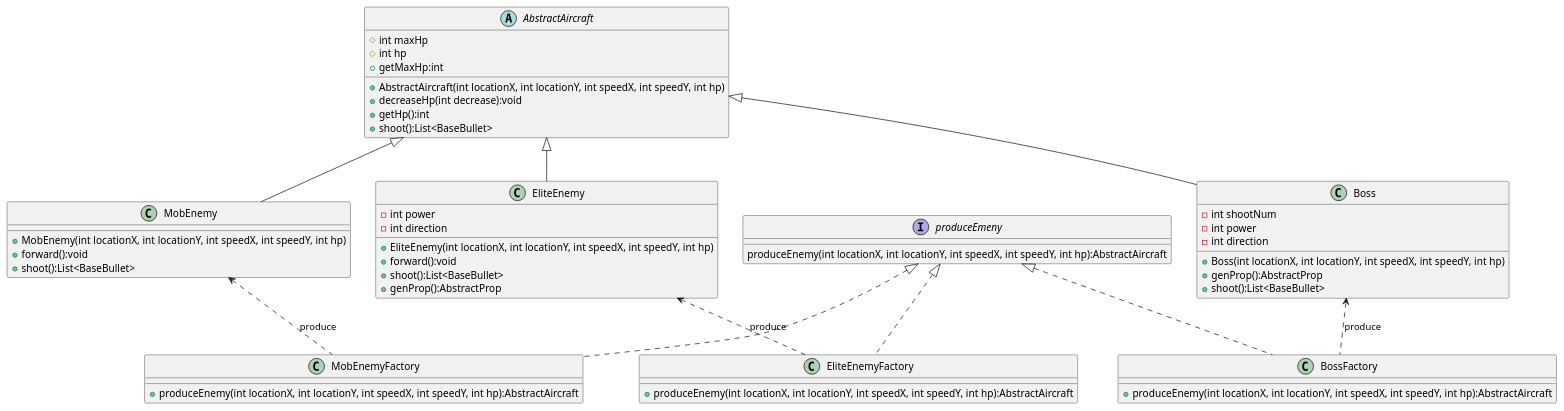
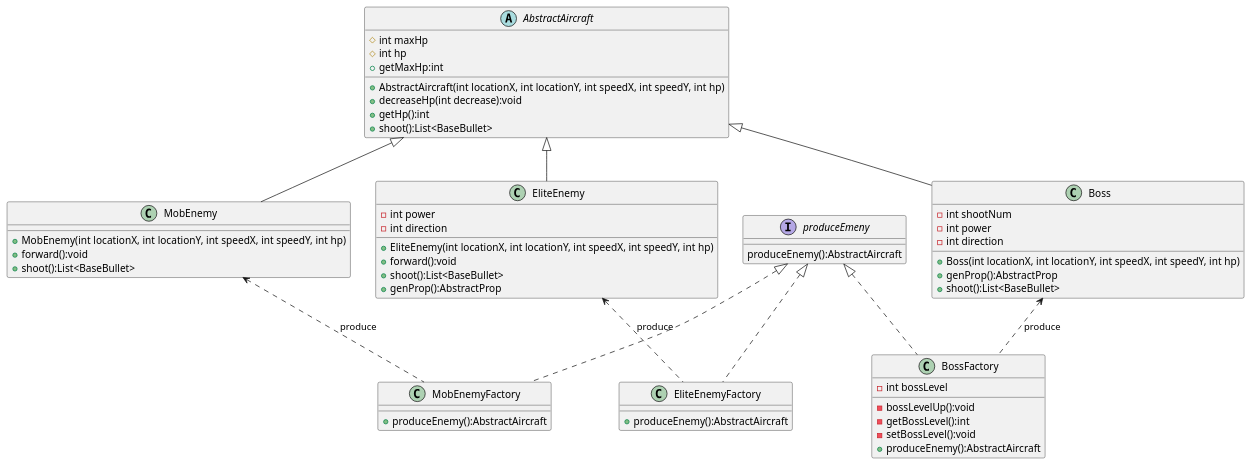
The diagram in uml/EnemyFactory.puml (KKjimmie/AircraftWar), drawn with PlantUML before and after one commit. The commit also changed 55 other files, not shown here.

```diff
--- a/uml/EnemyFactory.puml
+++ b/uml/EnemyFactory.puml
@@ -1,67 +1,71 @@
 @startuml
 'https://plantuml.com/class-diagram
 
 abstract class AbstractAircraft
 {
 	# int maxHp
     # int hp
     + AbstractAircraft(int locationX, int locationY, int speedX, int speedY, int hp)
     + decreaseHp(int decrease):void
     + getHp():int
     + getMaxHp:int
     + shoot():List<BaseBullet>
 
 }
 class MobEnemy {
     + MobEnemy(int locationX, int locationY, int speedX, int speedY, int hp)
     + forward():void
     + shoot():List<BaseBullet>
 }
 
 class EliteEnemy {
     - int power
     - int direction
     + EliteEnemy(int locationX, int locationY, int speedX, int speedY, int hp)
     + forward():void
     + shoot():List<BaseBullet>
     + genProp():AbstractProp
 }
 
 class Boss {
     - int shootNum
     - int power
     - int direction
     + Boss(int locationX, int locationY, int speedX, int speedY, int hp)
     + genProp():AbstractProp
     + shoot():List<BaseBullet>
 }
 
 interface produceEmeny{
-    produceEnemy(int locationX, int locationY, int speedX, int speedY, int hp):AbstractAircraft
+    produceEnemy():AbstractAircraft
 }
 
 class MobEnemyFactory{
-    + produceEnemy(int locationX, int locationY, int speedX, int speedY, int hp):AbstractAircraft
+    + produceEnemy():AbstractAircraft
 }
 
 class EliteEnemyFactory{
-    + produceEnemy(int locationX, int locationY, int speedX, int speedY, int hp):AbstractAircraft
+    + produceEnemy():AbstractAircraft
 }
 
 class BossFactory{
-    + produceEnemy(int locationX, int locationY, int speedX, int speedY, int hp):AbstractAircraft
+    - int bossLevel
+    - bossLevelUp():void
+    - getBossLevel():int
+    - setBossLevel():void
+    + produceEnemy():AbstractAircraft
 }
 
 AbstractAircraft <|-- MobEnemy
 AbstractAircraft <|-- EliteEnemy
 AbstractAircraft <|-- Boss
 
 produceEmeny <|.. MobEnemyFactory
 produceEmeny <|.. EliteEnemyFactory
 produceEmeny <|.. BossFactory
 
 MobEnemy <.. MobEnemyFactory : produce
 EliteEnemy <.. EliteEnemyFactory : produce
 Boss <.. BossFactory :produce
 
 @enduml
```
